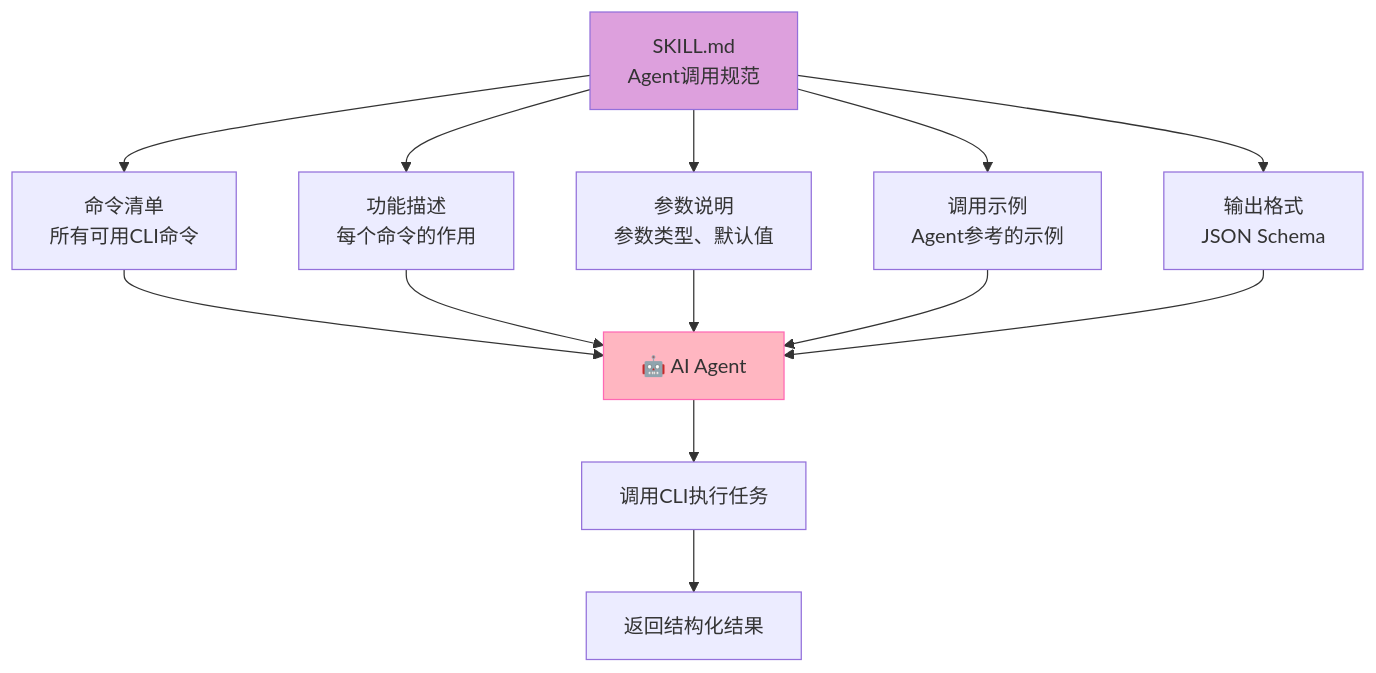
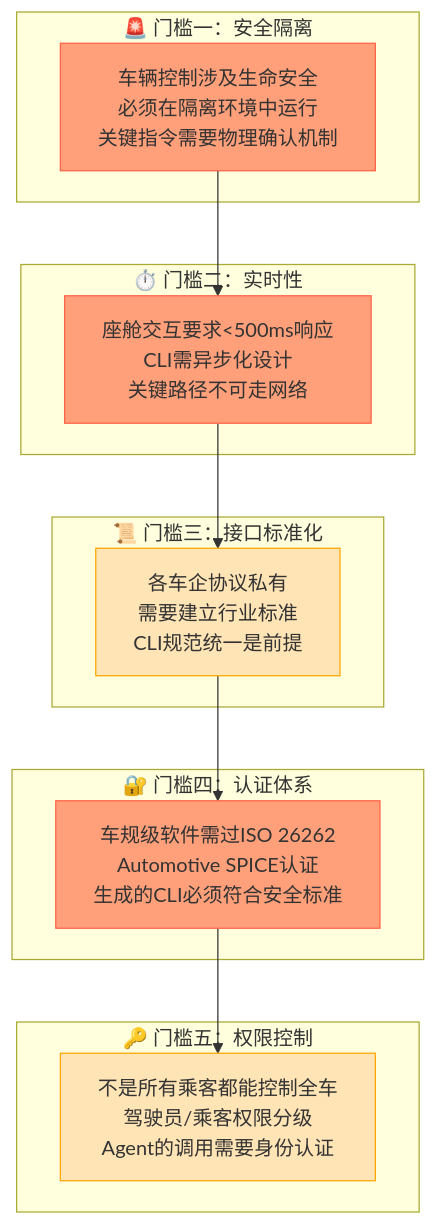
One commit to xuqi2024/xuqi2024.github.io changed the ninth of 15 diagrams in source/_posts/2026-04-15-cli-anything-analysis.md. Above: the diagram before and after it, drawn with Mermaid. The commit also changed other lines of this file, not shown here.

````diff
--- a/source/_posts/2026-04-15-cli-anything-analysis.md
+++ b/source/_posts/2026-04-15-cli-anything-analysis.md
@@ -290,22 +278,30 @@
 ```mermaid
 flowchart TB
-    SKILL["SKILL.md<br/>Agent调用规范"]
+    subgraph Gate1["🚨 门槛一：安全隔离"]
+        G1["车辆控制涉及生命安全<br/>必须在隔离环境中运行<br/>关键指令需要物理确认机制"]
+    end
     
-    SKILL --> CMD["命令清单<br/>所有可用CLI命令"]
-    SKILL --> DESC["功能描述<br/>每个命令的作用"]
-    SKILL --> ARGS["参数说明<br/>参数类型、默认值"]
-    SKILL --> EX["调用示例<br/>Agent参考的示例"]
-    SKILL --> OUT["输出格式<br/>JSON Schema"]
+    subgraph Gate2["⏱️ 门槛二：实时性"]
+        G2["座舱交互要求<500ms响应<br/>CLI需异步化设计<br/>关键路径不可走网络"]
+    end
     
-    CMD --> AGENT["🤖 AI Agent"]
-    DESC --> AGENT
-    ARGS --> AGENT
-    EX --> AGENT
-    OUT --> AGENT
+    subgraph Gate3["📜 门槛三：接口标准化"]
+        G3["各车企协议私有<br/>需要建立行业标准<br/>CLI规范统一是前提"]
+    end
     
-    AGENT --> CALL["调用CLI执行任务"]
-    CALL --> RESULT["返回结构化结果"]
+    subgraph Gate4["🔐 门槛四：认证体系"]
+        G4["车规级软件需过ISO 26262<br/>Automotive SPICE认证<br/>生成的CLI必须符合安全标准"]
+    end
     
-    style SKILL fill:#DDA0DD,stroke:#9370DB
-    style AGENT fill:#FFB6C1,stroke:#FF69B4
+    subgraph Gate5["🔑 门槛五：权限控制"]
+        G5["不是所有乘客都能控制全车<br/>驾驶员/乘客权限分级<br/>Agent的调用需要身份认证"]
+    end
+    
+    G1 --> G2 --> G3 --> G4 --> G5
+    
+    style G1 fill:#FFA07A,stroke:#FF6347
+    style G2 fill:#FFA07A,stroke:#FF6347
+    style G3 fill:#FFE4B5,stroke:#FFA500
+    style G4 fill:#FFA07A,stroke:#FF6347
+    style G5 fill:#FFE4B5,stroke:#FFA500
 ```
````
